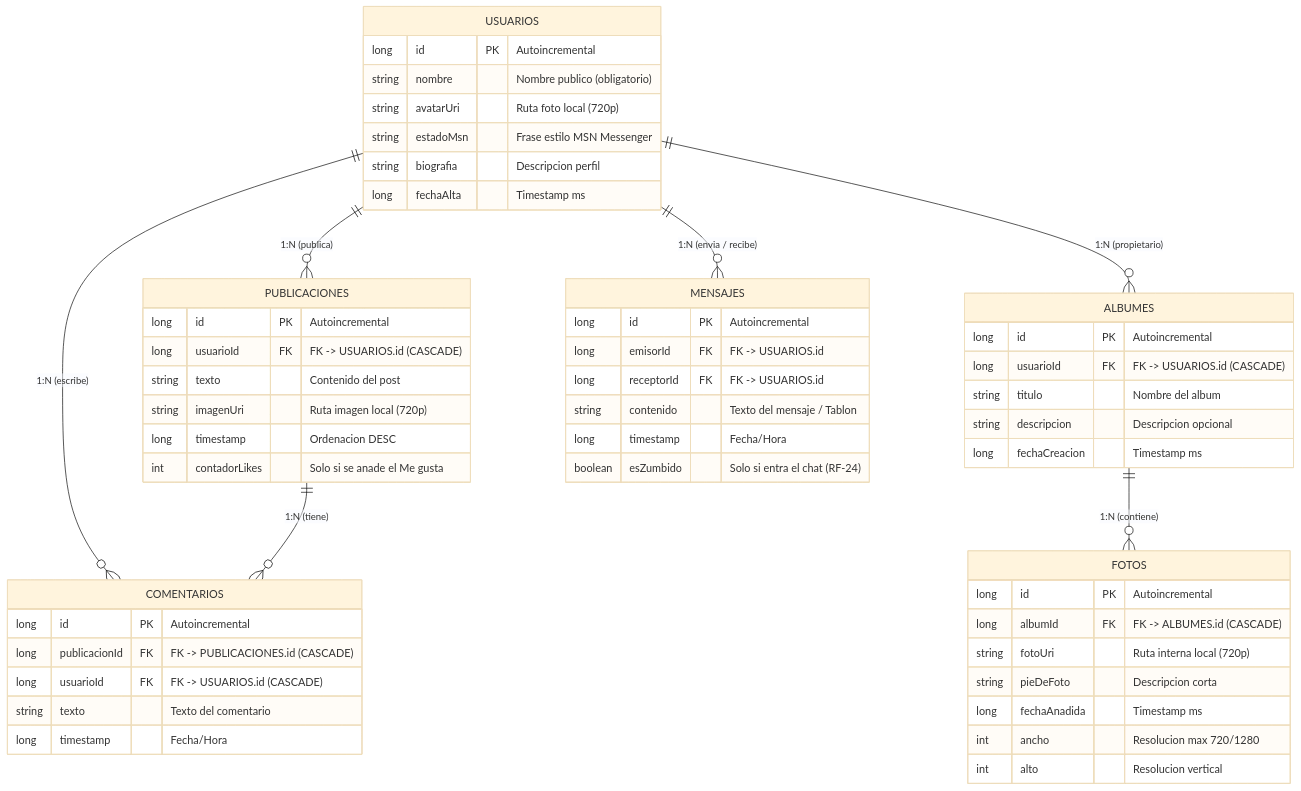
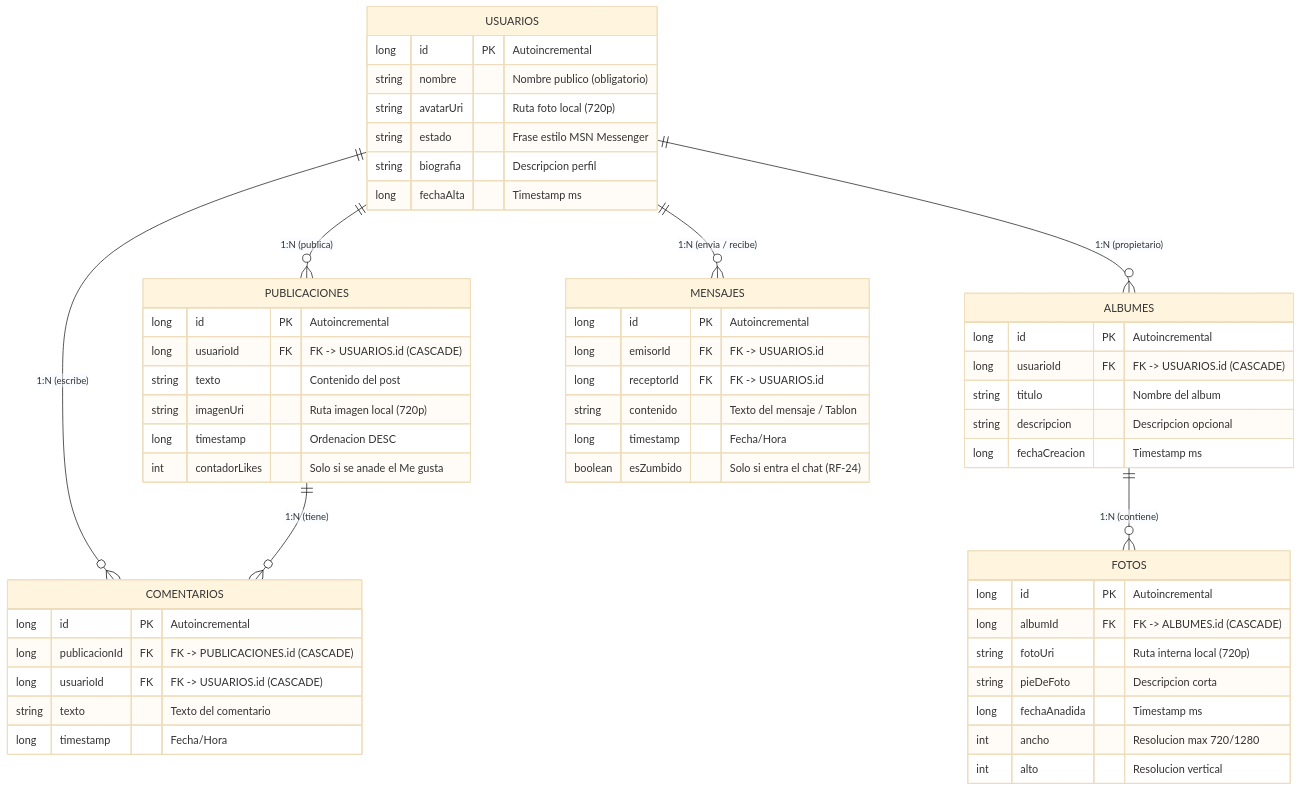
Before and after one commit to yeray06/Retroconver: the diagram in docs/datos/esquemadatos.md, drawn with Mermaid (base theme). The commit also changed 8 other files, not shown here.

````diff
--- a/docs/datos/esquemadatos.md
+++ b/docs/datos/esquemadatos.md
@@ -14,62 +14,62 @@
 ```mermaid
 erDiagram
     USUARIOS ||--o{ PUBLICACIONES : "1:N (publica)"
     USUARIOS ||--o{ COMENTARIOS : "1:N (escribe)"
     USUARIOS ||--o{ ALBUMES : "1:N (propietario)"
     USUARIOS ||--o{ MENSAJES : "1:N (envia / recibe)"
     PUBLICACIONES ||--o{ COMENTARIOS : "1:N (tiene)"
     ALBUMES ||--o{ FOTOS : "1:N (contiene)"
 
     USUARIOS {
         long id PK "Autoincremental"
         string nombre "Nombre publico (obligatorio)"
         string avatarUri "Ruta foto local (720p)"
-        string estadoMsn "Frase estilo MSN Messenger"
+        string estado "Frase estilo MSN Messenger"
         string biografia "Descripcion perfil"
         long fechaAlta "Timestamp ms"
     }
 
     PUBLICACIONES {
         long id PK "Autoincremental"
         long usuarioId FK "FK -> USUARIOS.id (CASCADE)"
         string texto "Contenido del post"
         string imagenUri "Ruta imagen local (720p)"
         long timestamp "Ordenacion DESC"
         int contadorLikes "Solo si se anade el Me gusta"
     }
 
     COMENTARIOS {
         long id PK "Autoincremental"
         long publicacionId FK "FK -> PUBLICACIONES.id (CASCADE)"
         long usuarioId FK "FK -> USUARIOS.id (CASCADE)"
         string texto "Texto del comentario"
         long timestamp "Fecha/Hora"
     }
 
     ALBUMES {
         long id PK "Autoincremental"
         long usuarioId FK "FK -> USUARIOS.id (CASCADE)"
         string titulo "Nombre del album"
         string descripcion "Descripcion opcional"
         long fechaCreacion "Timestamp ms"
     }
 
     FOTOS {
         long id PK "Autoincremental"
         long albumId FK "FK -> ALBUMES.id (CASCADE)"
         string fotoUri "Ruta interna local (720p)"
         string pieDeFoto "Descripcion corta"
         long fechaAnadida "Timestamp ms"
         int ancho "Resolucion max 720/1280"
         int alto "Resolucion vertical"
     }
 
     MENSAJES {
         long id PK "Autoincremental"
         long emisorId FK "FK -> USUARIOS.id"
         long receptorId FK "FK -> USUARIOS.id"
         string contenido "Texto del mensaje / Tablon"
         long timestamp "Fecha/Hora"
         boolean esZumbido "Solo si entra el chat (RF-24)"
     }
 ```
````
